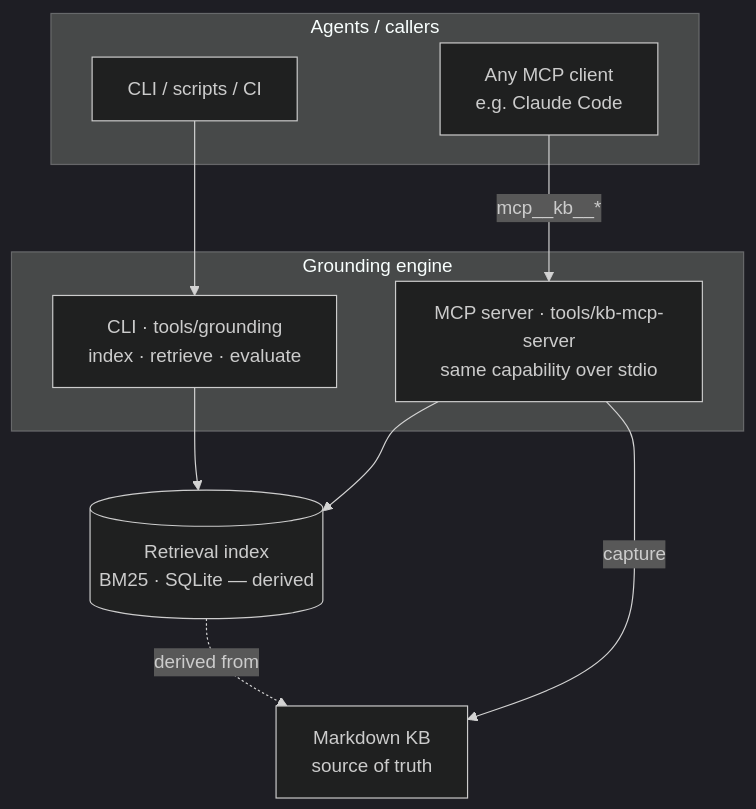
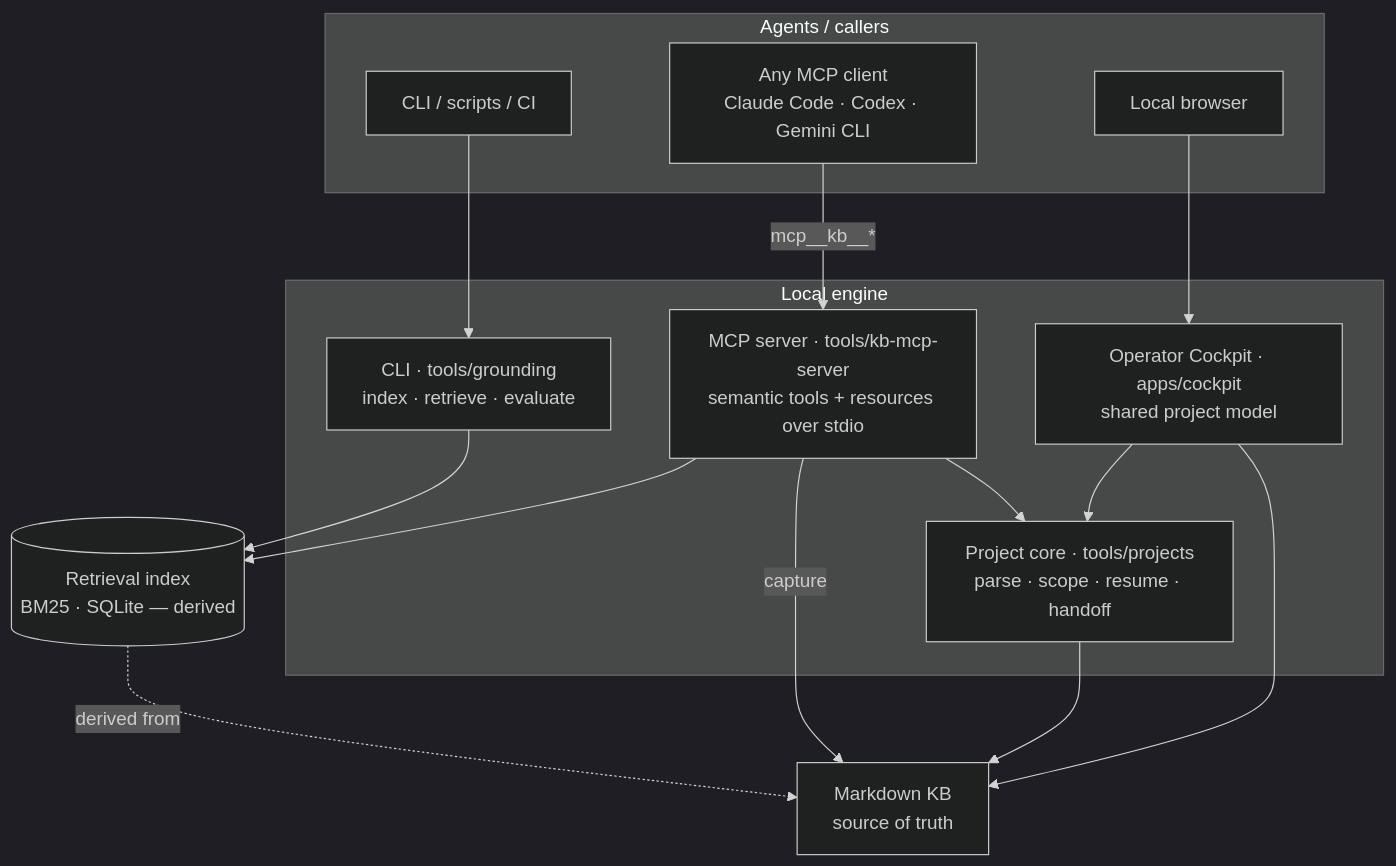
One commit to dimosgit/grounded-knowledge-engine changed the second of 2 diagrams in docs/architecture.md. Above: the diagram before and after it, drawn with Mermaid (dark theme). The commit also changed other lines of this file and 14 other files, not shown here.

````diff
--- a/docs/architecture.md
+++ b/docs/architecture.md
@@ -32,22 +41,30 @@
 ```mermaid
 flowchart TB
     subgraph clients[Agents / callers]
       CLI_USER[CLI / scripts / CI]
-      AGENT[Any MCP client<br/>e.g. Claude Code]
+      AGENT[Any MCP client<br/>Claude Code · Codex · Gemini CLI]
+      USER[Local browser]
     end
 
-    subgraph engine[Grounding engine]
+    subgraph engine[Local engine]
       CLI[CLI · tools/grounding<br/>index · retrieve · evaluate]
-      MCP[MCP server · tools/kb-mcp-server<br/>same capability over stdio]
+      PROJECTS[Project core · tools/projects<br/>parse · scope · resume · handoff]
+      MCP[MCP server · tools/kb-mcp-server<br/>semantic tools + resources over stdio]
+      COCKPIT[Operator Cockpit · apps/cockpit<br/>shared project model]
     end
 
     IDX[(Retrieval index<br/>BM25 · SQLite — derived)]
     KB[Markdown KB<br/>source of truth]
 
     CLI_USER --> CLI
     AGENT -->|mcp__kb__*| MCP
+    USER --> COCKPIT
     CLI --> IDX
     MCP --> IDX
+    MCP --> PROJECTS
+    COCKPIT --> PROJECTS
     IDX -.derived from.-> KB
     MCP -->|capture| KB
+    PROJECTS --> KB
+    COCKPIT --> KB
 ```
````
